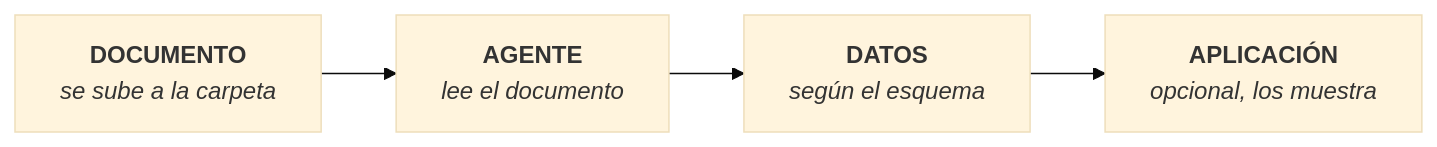
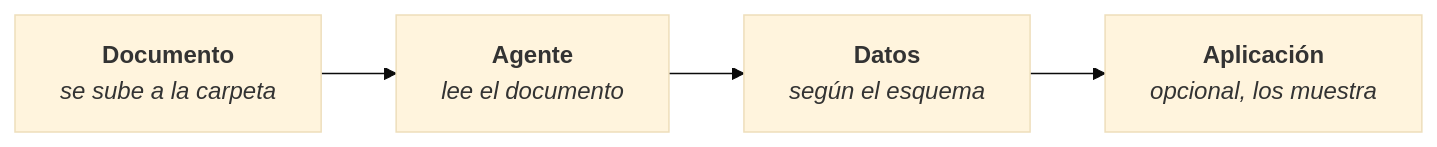
One commit to akui-solutions/consul-point-docs changed the diagram in docs/centro-de-conocimiento/extraccion-inteligente.md. Above: the diagram before and after it, drawn with Mermaid (base theme). The commit also changed other lines of this file and 60 other files, not shown here.

````diff
--- a/docs/centro-de-conocimiento/extraccion-inteligente.md
+++ b/docs/centro-de-conocimiento/extraccion-inteligente.md
@@ -17,6 +15,6 @@
 ```mermaid
 flowchart LR
-    A["<b>DOCUMENTO</b><br/><i>se sube a la carpeta</i>"] --> B["<b>AGENTE</b><br/><i>lee el documento</i>"]
-    B --> C["<b>DATOS</b><br/><i>según el esquema</i>"]
-    C --> D["<b>APLICACIÓN</b><br/><i>opcional, los muestra</i>"]
+    A["<b>Documento</b><br/><i>se sube a la carpeta</i>"] --> B["<b>Agente</b><br/><i>lee el documento</i>"]
+    B --> C["<b>Datos</b><br/><i>según el esquema</i>"]
+    C --> D["<b>Aplicación</b><br/><i>opcional, los muestra</i>"]
 ```
````
